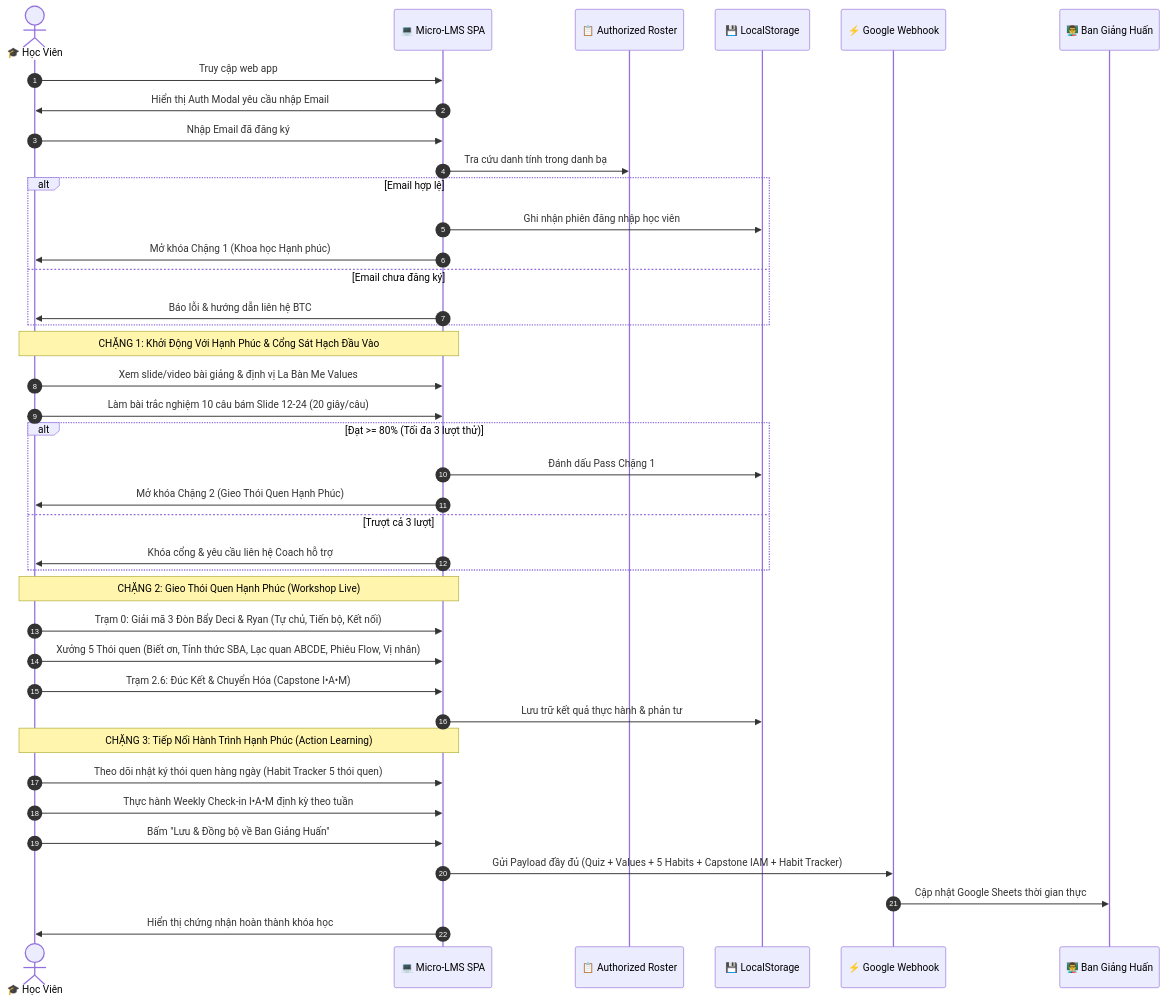
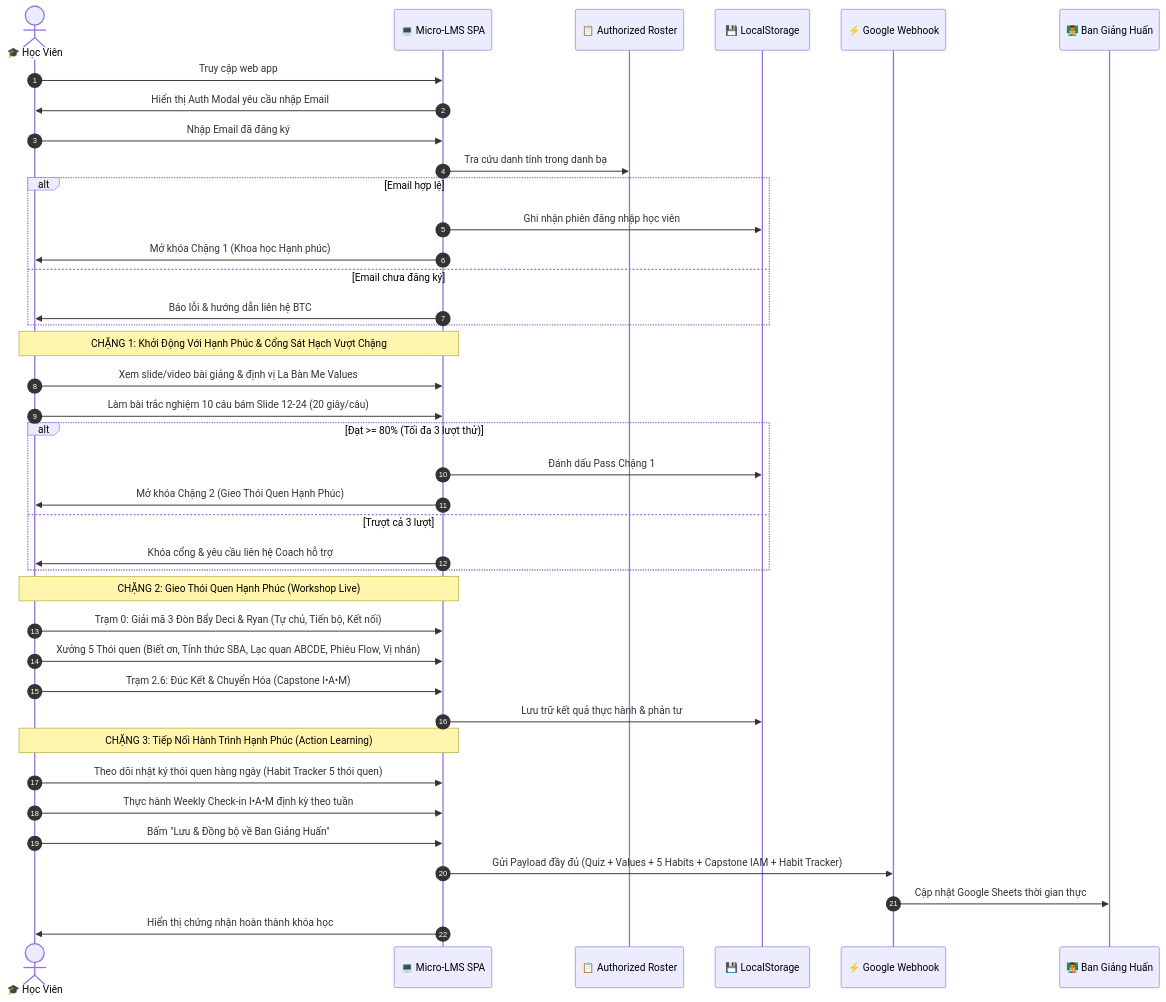
The second of 6 diagrams in docs/system-architecture.md (culturecodefeedforward/DeliveringHappiness), drawn with Mermaid before and after one commit. The commit also changed other lines of this file and 29 other files, not shown here.

````diff
--- a/docs/system-architecture.md
+++ b/docs/system-architecture.md
@@ -54,45 +54,45 @@
 ```mermaid
 sequenceDiagram
     autonumber
     actor Learner as 🎓 Học Viên
     participant LMS as 💻 Micro-LMS SPA
     participant Roster as 📋 Authorized Roster
     participant Local as 💾 LocalStorage
     participant Webhook as ⚡ Google Webhook
     participant Faculty as 👨‍🏫 Ban Giảng Huấn
 
     Learner->>LMS: Truy cập web app
     LMS->>Learner: Hiển thị Auth Modal yêu cầu nhập Email
     Learner->>LMS: Nhập Email đã đăng ký
     LMS->>Roster: Tra cứu danh tính trong danh bạ
     alt Email hợp lệ
         LMS->>Local: Ghi nhận phiên đăng nhập học viên
         LMS->>Learner: Mở khóa Chặng 1 (Khoa học Hạnh phúc)
     else Email chưa đăng ký
         LMS->>Learner: Báo lỗi & hướng dẫn liên hệ BTC
     end
 
-    Note over Learner,LMS: CHẶNG 1: Khởi Động Với Hạnh Phúc & Cổng Sát Hạch Đầu Vào
+    Note over Learner,LMS: CHẶNG 1: Khởi Động Với Hạnh Phúc & Cổng Sát Hạch Vượt Chặng
     Learner->>LMS: Xem slide/video bài giảng & định vị La Bàn Me Values
     Learner->>LMS: Làm bài trắc nghiệm 10 câu bám Slide 12-24 (20 giây/câu)
     alt Đạt >= 80% (Tối đa 3 lượt thử)
         LMS->>Local: Đánh dấu Pass Chặng 1
         LMS->>Learner: Mở khóa Chặng 2 (Gieo Thói Quen Hạnh Phúc)
     else Trượt cả 3 lượt
         LMS->>Learner: Khóa cổng & yêu cầu liên hệ Coach hỗ trợ
     end
 
     Note over Learner,LMS: CHẶNG 2: Gieo Thói Quen Hạnh Phúc (Workshop Live)
     Learner->>LMS: Trạm 0: Giải mã 3 Đòn Bẩy Deci & Ryan (Tự chủ, Tiến bộ, Kết nối)
     Learner->>LMS: Xưởng 5 Thói quen (Biết ơn, Tỉnh thức SBA, Lạc quan ABCDE, Phiêu Flow, Vị nhân)
     Learner->>LMS: Trạm 2.6: Đúc Kết & Chuyển Hóa (Capstone I•A•M)
     LMS->>Local: Lưu trữ kết quả thực hành & phản tư
 
     Note over Learner,LMS: CHẶNG 3: Tiếp Nối Hành Trình Hạnh Phúc (Action Learning)
     Learner->>LMS: Theo dõi nhật ký thói quen hàng ngày (Habit Tracker 5 thói quen)
     Learner->>LMS: Thực hành Weekly Check-in I•A•M định kỳ theo tuần
     Learner->>LMS: Bấm "Lưu & Đồng bộ về Ban Giảng Huấn"
     LMS->>Webhook: Gửi Payload đầy đủ (Quiz + Values + 5 Habits + Capstone IAM + Habit Tracker)
     Webhook->>Faculty: Cập nhật Google Sheets thời gian thực
     LMS->>Learner: Hiển thị chứng nhận hoàn thành khóa học
 ```
````
